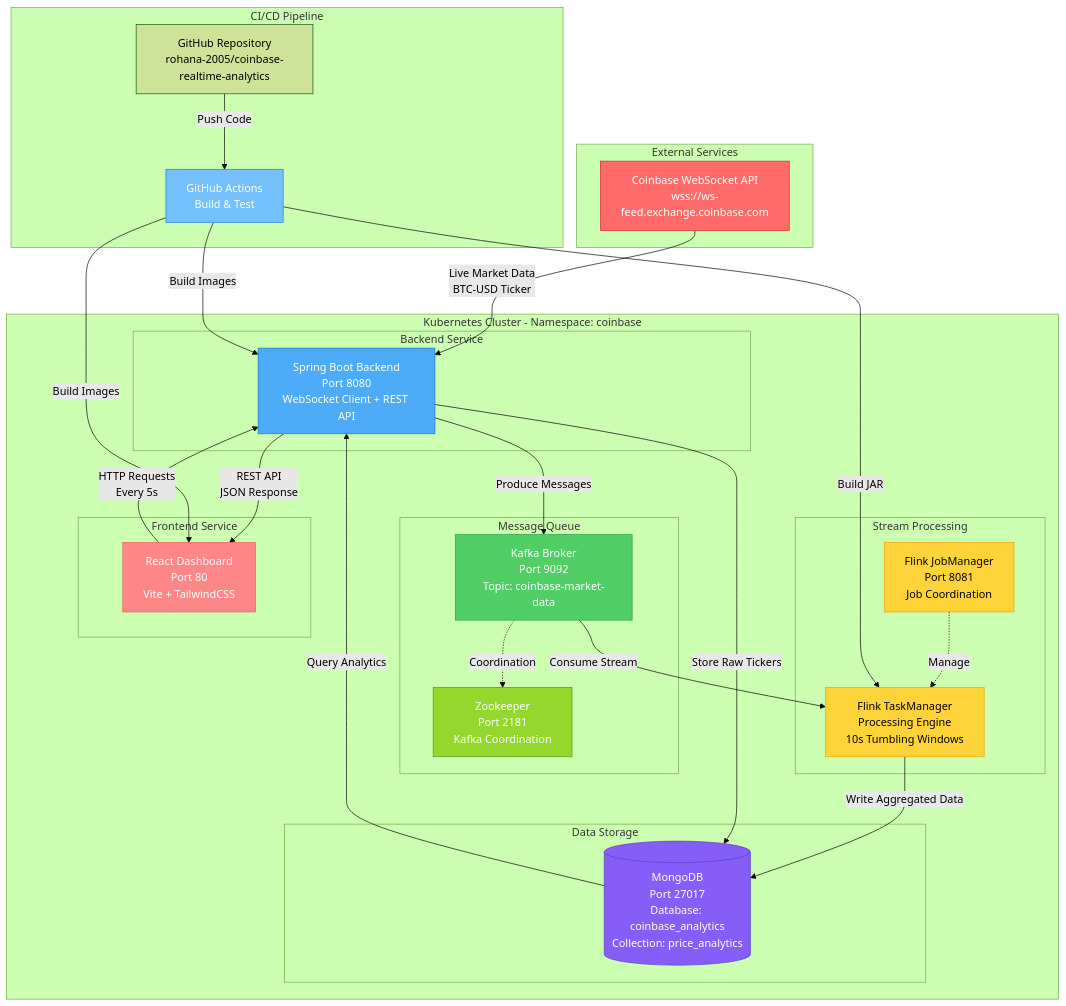
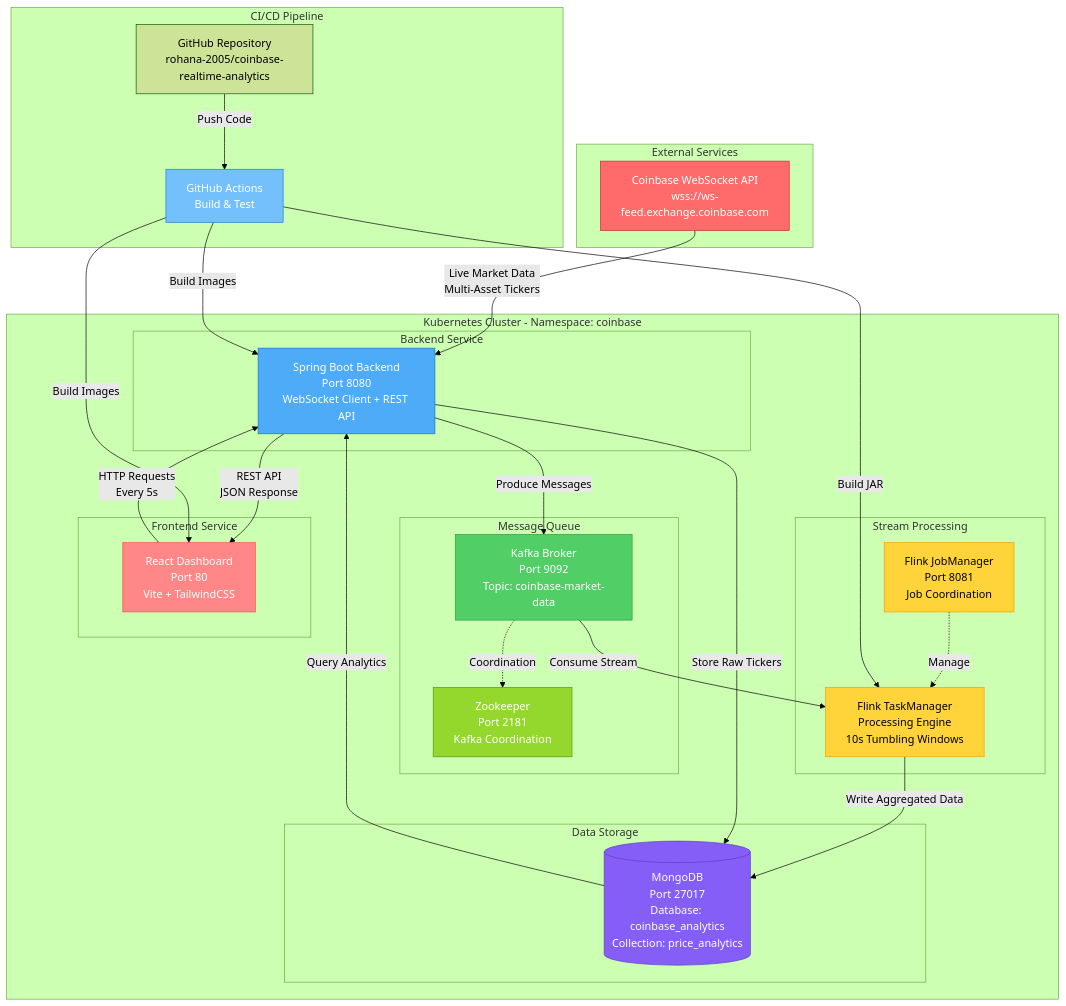
The first of 3 diagrams in README.md (rohana-2005/coinbase-realtime-market-data-analytics), drawn with Mermaid (forest theme) before and after one commit. The commit also changed other lines of this file, not shown here.

````diff
--- a/README.md
+++ b/README.md
@@ -25,61 +27,61 @@
 ```mermaid
 graph TB
     subgraph "External Services"
         CB[Coinbase WebSocket API<br/>wss://ws-feed.exchange.coinbase.com]
     end
 
     subgraph "Kubernetes Cluster - Namespace: coinbase"
         subgraph "Backend Service"
             BE[Spring Boot Backend<br/>Port 8080<br/>WebSocket Client + REST API]
         end
 
         subgraph "Message Queue"
             ZK[Zookeeper<br/>Port 2181<br/>Kafka Coordination]
             KF[Kafka Broker<br/>Port 9092<br/>Topic: coinbase-market-data]
         end
 
         subgraph "Stream Processing"
             FJM[Flink JobManager<br/>Port 8081<br/>Job Coordination]
             FTM[Flink TaskManager<br/>Processing Engine<br/>10s Tumbling Windows]
         end
 
         subgraph "Data Storage"
             MDB[(MongoDB<br/>Port 27017<br/>Database: coinbase_analytics<br/>Collection: price_analytics)]
         end
 
         subgraph "Frontend Service"
             FE[React Dashboard<br/>Port 80<br/>Vite + TailwindCSS]
         end
     end
 
     subgraph "CI/CD Pipeline"
         GHA[GitHub Actions<br/>Build & Test]
         GH[GitHub Repository<br/>rohana-2005/coinbase-realtime-analytics]
     end
 
-    CB -->|Live Market Data<br/>BTC-USD Ticker| BE
+    CB -->|Live Market Data<br/>Multi-Asset Tickers| BE
     BE -->|Produce Messages| KF
     KF -.->|Coordination| ZK
     KF -->|Consume Stream| FTM
     FJM -.->|Manage| FTM
     FTM -->|Write Aggregated Data| MDB
     BE -->|Store Raw Tickers| MDB
     MDB -->|Query Analytics| BE
     BE -->|REST API<br/>JSON Response| FE
     FE -->|HTTP Requests<br/>Every 5s| BE
     
     GH -->|Push Code| GHA
     GHA -->|Build Images| BE
     GHA -->|Build Images| FE
     GHA -->|Build JAR| FTM
 
     style CB fill:#ff6b6b,stroke:#c92a2a,color:#fff
     style BE fill:#4dabf7,stroke:#1971c2,color:#fff
     style KF fill:#51cf66,stroke:#2f9e44,color:#fff
     style ZK fill:#94d82d,stroke:#5c940d,color:#fff
     style FJM fill:#ffd43b,stroke:#f59f00,color:#000
     style FTM fill:#ffd43b,stroke:#f59f00,color:#000
     style MDB fill:#845ef7,stroke:#5f3dc4,color:#fff
     style FE fill:#ff8787,stroke:#fa5252,color:#fff
     style GHA fill:#74c0fc,stroke:#1c7ed6,color:#fff
 ```
````
